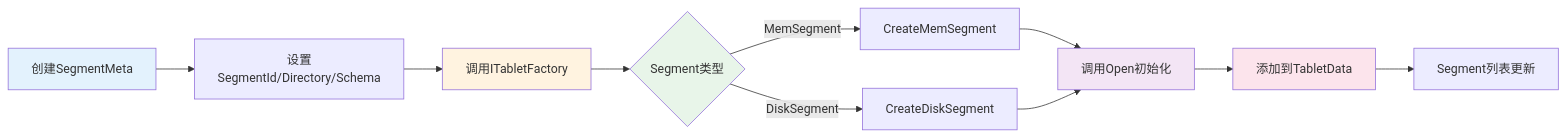
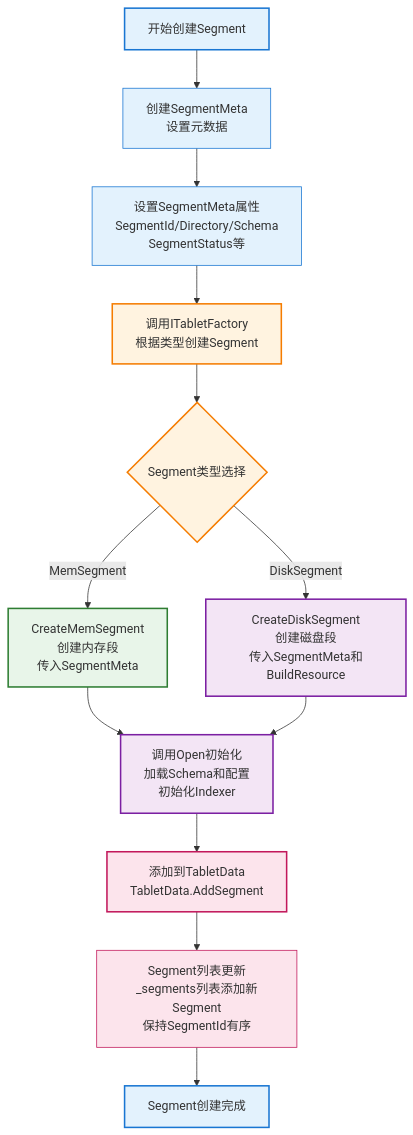
Before and after one commit to zhouzhilong-commits/zhouzhilong-commits.github.io: diagram 19 of 22 in _posts/2025-05-19-indexlib-2-tablet-segment.md, drawn with Mermaid. The commit also changed other lines of this file and 6 other files, not shown here.

````diff
--- a/_posts/2025-05-19-indexlib-2-tablet-segment.md
+++ b/_posts/2025-05-19-indexlib-2-tablet-segment.md
@@ -1446,18 +1524,34 @@
 ```mermaid
-graph LR
-    A[创建SegmentMeta] --> B[设置SegmentId/Directory/Schema]
-    B --> C[调用ITabletFactory]
-    C --> D{Segment类型}
-    D -->|MemSegment| E[CreateMemSegment]
-    D -->|DiskSegment| F[CreateDiskSegment]
-    E --> G[调用Open初始化]
-    F --> G
-    G --> H[添加到TabletData]
-    H --> I[Segment列表更新]
+flowchart TD
+    Start[开始创建Segment] --> CreateMeta[创建SegmentMeta<br/>设置元数据]
     
-    style A fill:#e3f2fd
-    style C fill:#fff3e0
-    style D fill:#e8f5e9
-    style G fill:#f3e5f5
-    style H fill:#fce4ec
+    CreateMeta --> SetMeta[设置SegmentMeta属性<br/>SegmentId/Directory/Schema<br/>SegmentStatus等]
+    
+    SetMeta --> CallFactory[调用ITabletFactory<br/>根据类型创建Segment]
+    
+    CallFactory --> TypeSelect{Segment类型选择}
+    
+    TypeSelect -->|MemSegment| CreateMem[CreateMemSegment<br/>创建内存段<br/>传入SegmentMeta]
+    TypeSelect -->|DiskSegment| CreateDisk[CreateDiskSegment<br/>创建磁盘段<br/>传入SegmentMeta和BuildResource]
+    
+    CreateMem --> Init[调用Open初始化<br/>加载Schema和配置<br/>初始化Indexer]
+    CreateDisk --> Init
+    
+    Init --> AddToTablet[添加到TabletData<br/>TabletData.AddSegment]
+    
+    AddToTablet --> UpdateList[Segment列表更新<br/>_segments列表添加新Segment<br/>保持SegmentId有序]
+    
+    UpdateList --> End[Segment创建完成]
+    
+    style Start fill:#e3f2fd,stroke:#1976d2,stroke-width:2px
+    style CreateMeta fill:#e3f2fd,stroke:#1976d2,stroke-width:1px
+    style SetMeta fill:#e3f2fd,stroke:#1976d2,stroke-width:1px
+    style CallFactory fill:#fff3e0,stroke:#f57c00,stroke-width:2px
+    style TypeSelect fill:#fff3e0,stroke:#f57c00,stroke-width:2px
+    style CreateMem fill:#e8f5e9,stroke:#2e7d32,stroke-width:2px
+    style CreateDisk fill:#f3e5f5,stroke:#7b1fa2,stroke-width:2px
+    style Init fill:#f3e5f5,stroke:#7b1fa2,stroke-width:2px
+    style AddToTablet fill:#fce4ec,stroke:#c2185b,stroke-width:2px
+    style UpdateList fill:#fce4ec,stroke:#c2185b,stroke-width:1px
+    style End fill:#e3f2fd,stroke:#1976d2,stroke-width:2px
 ```
````
